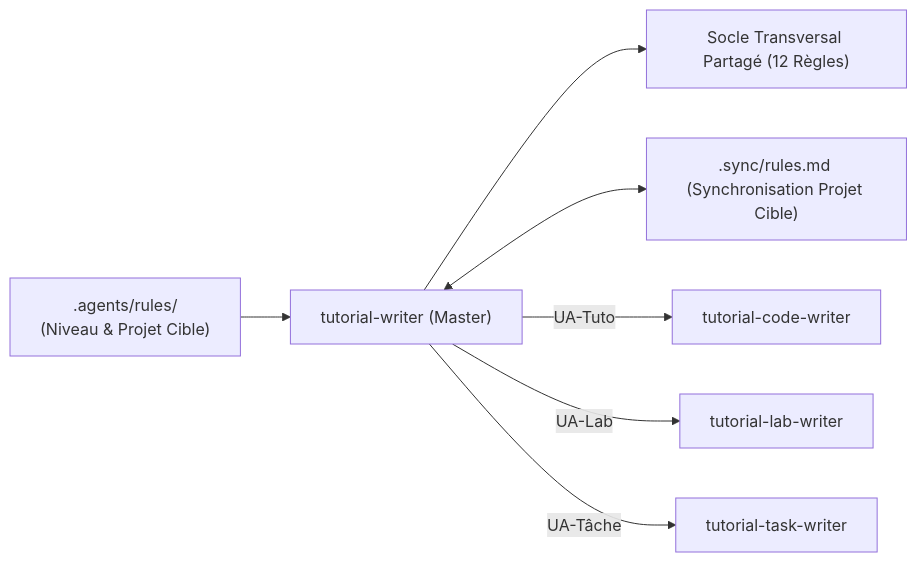
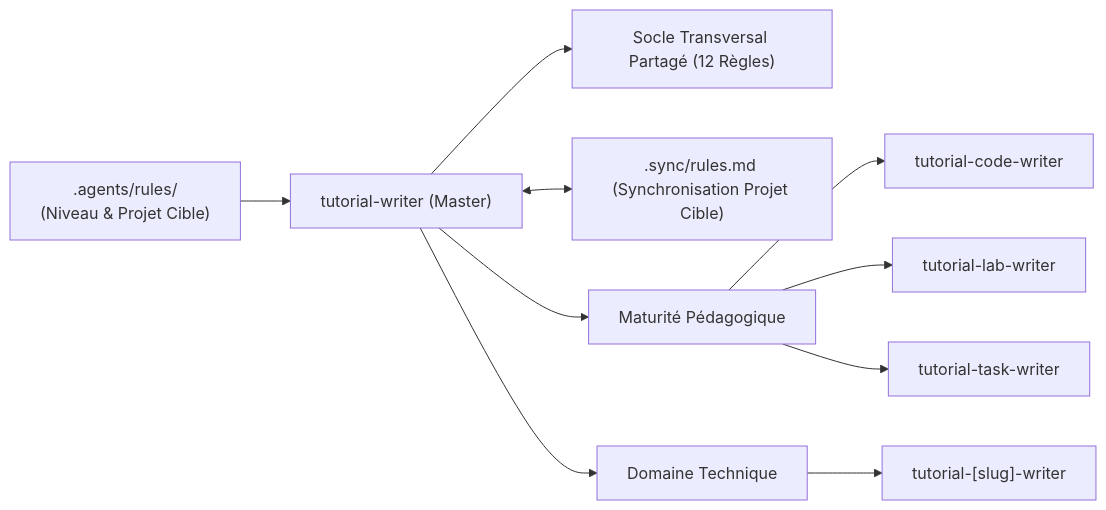
Before and after one commit to solicode-web-mobile/autoformations-professionaliser: the diagram in .agents/skills/tutorial-writer/SKILL.md, drawn with Mermaid. The commit also changed other lines of this file and 20 other files, not shown here.

````diff
--- a/.agents/skills/tutorial-writer/SKILL.md
+++ b/.agents/skills/tutorial-writer/SKILL.md
@@ -14,9 +14,12 @@
 ```mermaid
 flowchart LR
     Rules[".agents/rules/<br/>(Niveau & Projet Cible)"] --> Master["tutorial-writer (Master)"]
     Master --> RulesShared["Socle Transversal Partagé (12 Règles)"]
     Master <--> Sync[".sync/rules.md (Synchronisation Projet Cible)"]
-    Master -->|UA-Tuto| Code["tutorial-code-writer"]
-    Master -->|UA-Lab| Lab["tutorial-lab-writer"]
-    Master -->|UA-Tâche| Task["tutorial-task-writer"]
+    Master --> Format["Maturité Pédagogique"]
+    Format --> Code["tutorial-code-writer"]
+    Format --> Lab["tutorial-lab-writer"]
+    Format --> Task["tutorial-task-writer"]
+    Master --> Domain["Domaine Technique"]
+    Domain --> TDomain["tutorial-[slug]-writer"]
 ```
````
